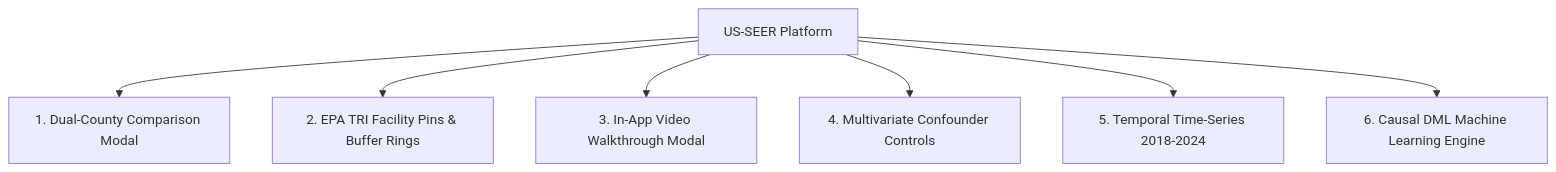
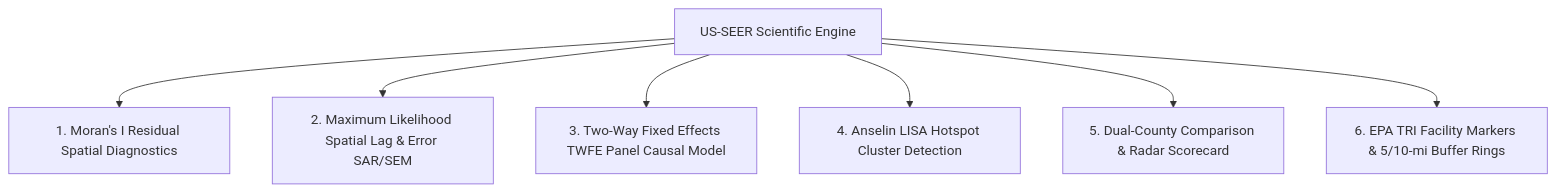
Before and after one commit to RushilMahadevu/us-seer: the second of 3 diagrams in NEXT_STEPS.md, drawn with Mermaid. The commit also changed other lines of this file and 6 other files, not shown here.

````diff
--- a/NEXT_STEPS.md
+++ b/NEXT_STEPS.md
@@ -76,9 +87,9 @@
 ```mermaid
 graph TD
-    Core[US-SEER Platform] --> Comp1[1. Dual-County Comparison Modal]
-    Core --> Comp2[2. EPA TRI Facility Pins & Buffer Rings]
-    Core --> Comp3[3. In-App Video Walkthrough Modal]
-    Core --> Comp4[4. Multivariate Confounder Controls]
-    Core --> Comp5[5. Temporal Time-Series 2018-2024]
-    Core --> Comp6[6. Causal DML Machine Learning Engine]
+    Core[US-SEER Scientific Engine] --> C1[1. Moran's I Residual Spatial Diagnostics]
+    Core --> C2[2. Maximum Likelihood Spatial Lag & Error SAR/SEM]
+    Core --> C3[3. Two-Way Fixed Effects TWFE Panel Causal Model]
+    Core --> C4[4. Anselin LISA Hotspot Cluster Detection]
+    Core --> C5[5. Dual-County Comparison & Radar Scorecard]
+    Core --> C6[6. EPA TRI Facility Markers & 5/10-mi Buffer Rings]
 ```
````
